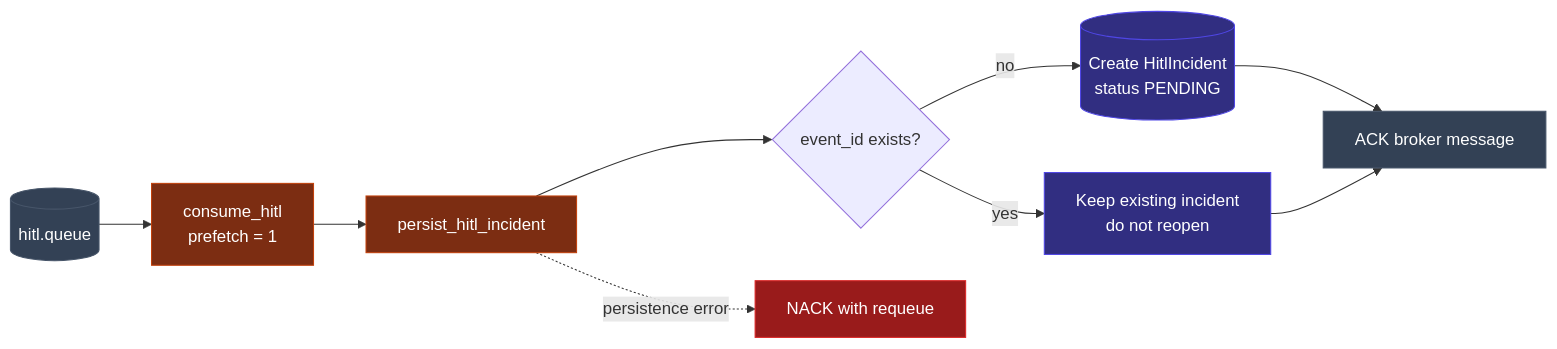
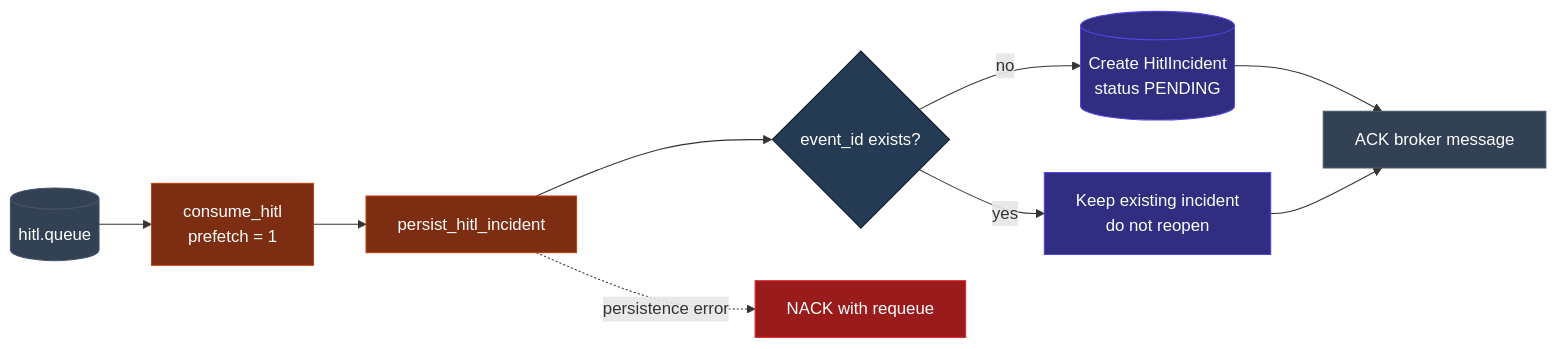
The fourth of 13 diagrams in layer3/docs/layer3_component_log.md (Spectre206/fyp-pipeline), drawn with Mermaid before and after one commit. The commit also changed other lines of this file and 14 other files, not shown here.

```diff
--- a/layer3/docs/layer3_component_log.md
+++ b/layer3/docs/layer3_component_log.md
@@ -178,21 +178,22 @@
 ~~~mermaid
 flowchart LR
     classDef broker fill:#334155,color:#fff,stroke:#475569
     classDef process fill:#7c2d12,color:#fff,stroke:#c2410c
     classDef data fill:#312e81,color:#fff,stroke:#4f46e5
+    classDef decision fill:#243b53,color:#fff,stroke:#0f172a
     classDef error fill:#991b1b,color:#fff,stroke:#dc2626
 
     Q[(hitl.queue)] --> C[consume_hitl<br/>prefetch = 1]
     C --> P[persist_hitl_incident]
     P --> D{event_id exists?}
     D -->|no| I[(Create HitlIncident<br/>status PENDING)]
     D -->|yes| X[Keep existing incident<br/>do not reopen]
     I --> A[ACK broker message]
     X --> A
     P -. persistence error .-> R[NACK with requeue]
     class Q,A broker
     class C,P process
     class D decision
     class I,X data
     class R error
 ~~~
```
